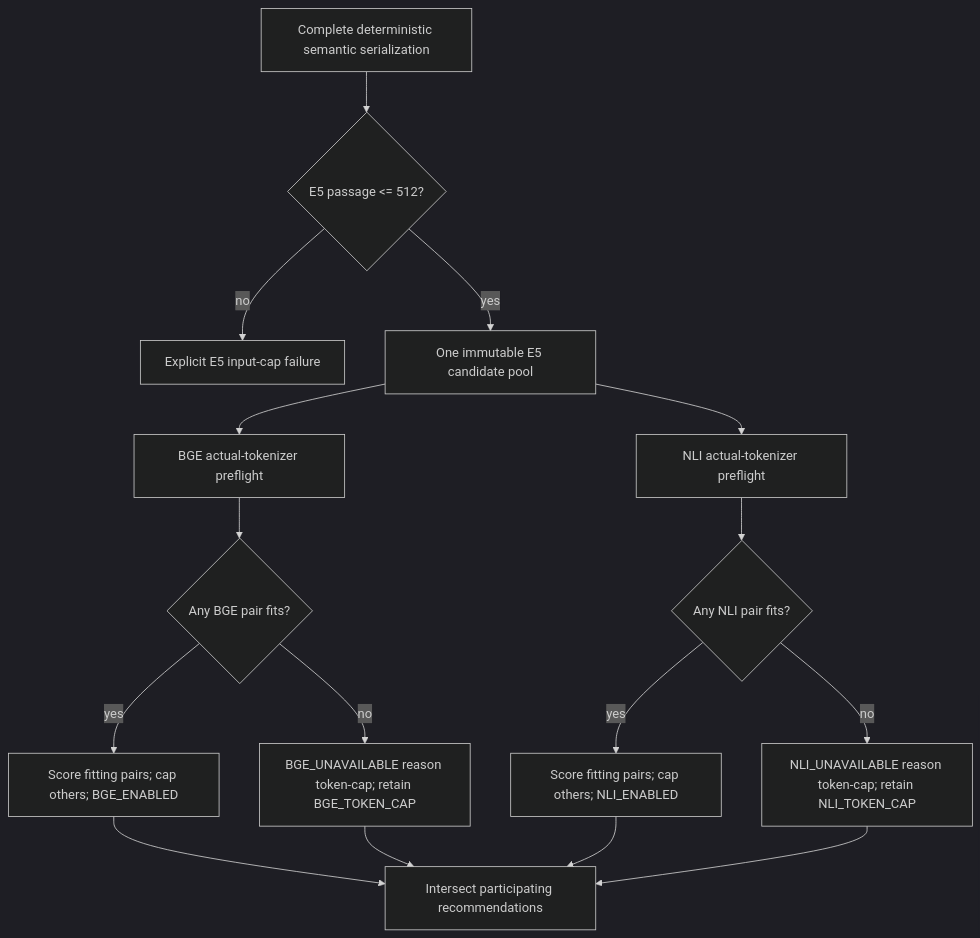
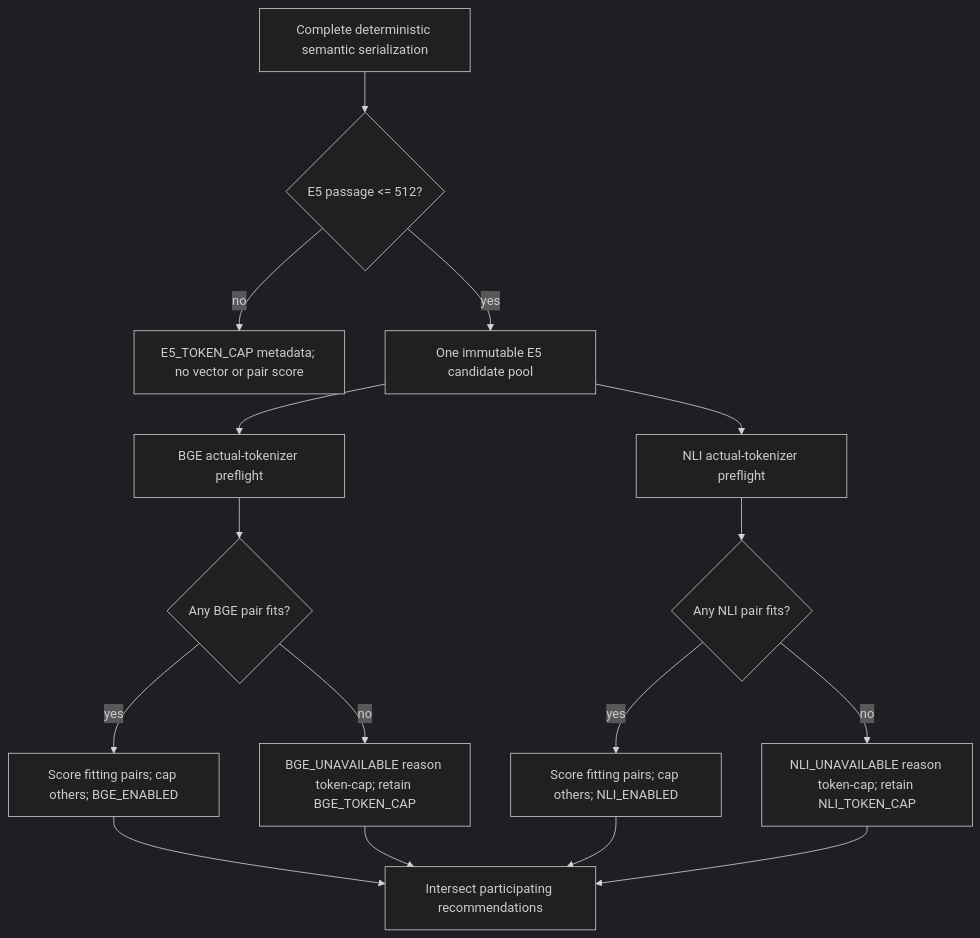
The seventh of 8 diagrams in docs/arc42/06-runtime-view.md (buster/givn), drawn with Mermaid (dark theme) before and after one commit. The commit also changed other lines of this file and 14 other files, not shown here.

Commit message:
fix(semantic): report real token-cap filter results

````diff
--- a/docs/arc42/06-runtime-view.md
+++ b/docs/arc42/06-runtime-view.md
@@ -693,18 +716,18 @@
 ```mermaid
 flowchart TD
     S[Complete deterministic semantic serialization] --> E{E5 passage <= 512?}
-    E -- no --> EF[Explicit E5 input-cap failure]
+    E -- no --> EF[E5_TOKEN_CAP metadata; no vector or pair score]
     E -- yes --> P[One immutable E5 candidate pool]
     P --> B[ BGE actual-tokenizer preflight ]
     P --> N[ NLI actual-tokenizer preflight ]
     B --> BX{Any BGE pair fits?}
     N --> NX{Any NLI pair fits?}
     BX -- yes --> BS[Score fitting pairs; cap others; BGE_ENABLED]
     BX -- no --> BU[BGE_UNAVAILABLE reason token-cap; retain BGE_TOKEN_CAP]
     NX -- yes --> NS[Score fitting pairs; cap others; NLI_ENABLED]
     NX -- no --> NU[NLI_UNAVAILABLE reason token-cap; retain NLI_TOKEN_CAP]
     BS --> I[Intersect participating recommendations]
     NS --> I
     BU --> I
     NU --> I
 ```
````
